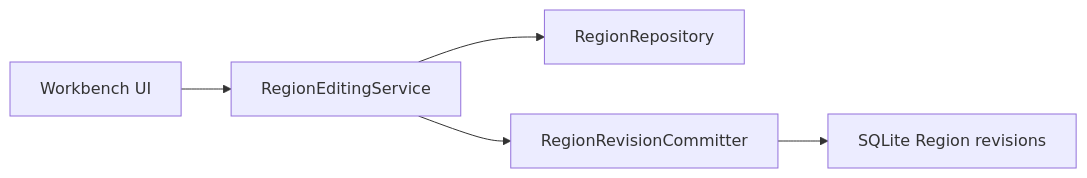
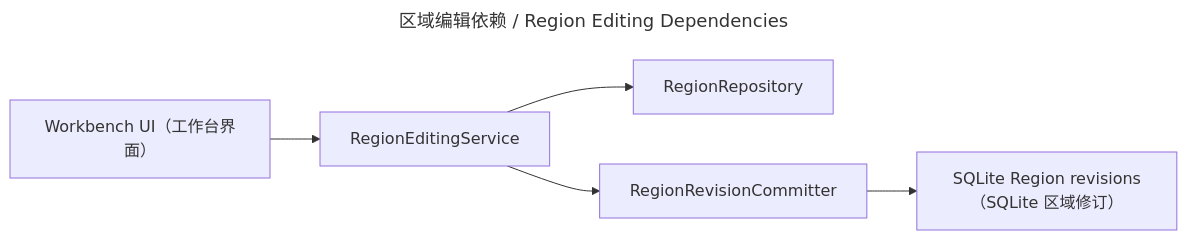
Before and after one commit to peakwheat-pixel/New-Manga: the diagram in wiki/codewiki/region_editing.md, drawn with Mermaid. The commit also changed 16 other files, not shown here.

Commit message:
docs: apply bilingual diagram policy to CodeWiki diagrams

````diff
--- a/wiki/codewiki/region_editing.md
+++ b/wiki/codewiki/region_editing.md
@@ -35,7 +35,10 @@
 ```mermaid
+---
+title: 区域编辑依赖 / Region Editing Dependencies
+---
 flowchart LR
-    UI["Workbench UI"] --> SERVICE["RegionEditingService"]
+    UI["Workbench UI（工作台界面）"] --> SERVICE["RegionEditingService"]
     SERVICE --> REPO["RegionRepository"]
     SERVICE --> COMMIT["RegionRevisionCommitter"]
-    COMMIT --> DB["SQLite Region revisions"]
+    COMMIT --> DB["SQLite Region revisions（SQLite 区域修订）"]
 ```
````
